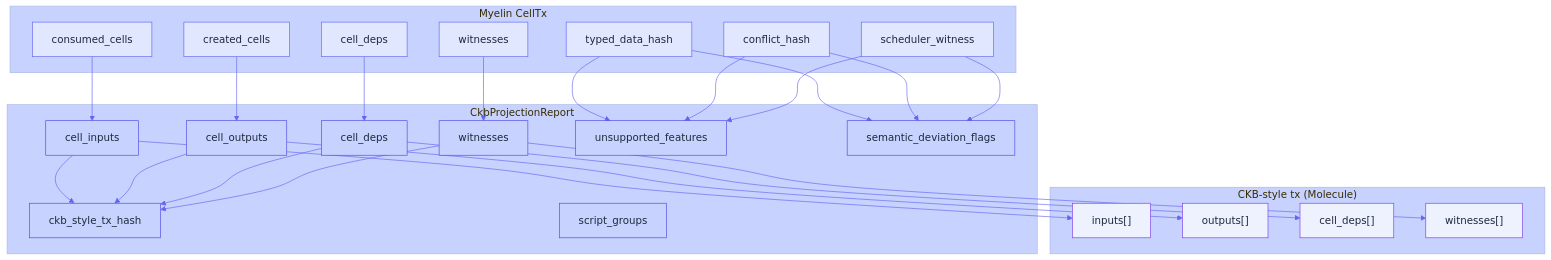
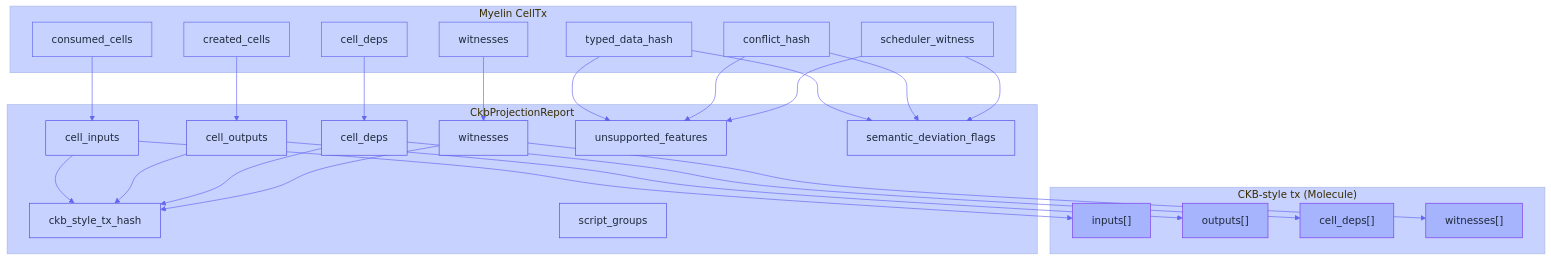
The diagram in docs/getting-started/anatomy.md (Myelin-Labs/Myelin), drawn with Mermaid before and after one commit. The commit also changed 31 other files, not shown here.

````diff
--- a/docs/getting-started/anatomy.md
+++ b/docs/getting-started/anatomy.md
@@ -91,49 +91,49 @@
 ```mermaid
 %%{init: {
   "theme": "base",
   "themeVariables": {
-    "primaryColor": "#EEF2FF",
+    "primaryColor": "#A5B4FC",
     "primaryTextColor": "#1E293B",
     "primaryBorderColor": "#4F46E5",
     "lineColor": "#6366F1",
-    "secondaryColor": "#E0E7FF",
+    "secondaryColor": "#C7D2FE",
     "tertiaryColor": "#C7D2FE"
   }
 }}%%
 flowchart TB
     subgraph MY["Myelin CellTx"]
         M1["consumed_cells"]:::m
         M2["created_cells"]:::m
         M3["cell_deps"]:::m
         M4["witnesses"]:::m
         M5["typed_data_hash"]:::m
         M6["conflict_hash"]:::m
         M7["scheduler_witness"]:::m
     end
     subgraph PROJ["CkbProjectionReport"]
         P1["ckb_style_tx_hash"]:::p
         P2["cell_inputs"]:::p
         P3["cell_outputs"]:::p
         P4["cell_deps"]:::p
         P5["witnesses"]:::p
         P6["script_groups"]:::p
         P7["unsupported_features"]:::p
         P8["semantic_deviation_flags"]:::p
     end
     subgraph CKB["CKB-style tx (Molecule)"]
         K1["inputs[]"]:::k
         K2["outputs[]"]:::k
         K3["cell_deps[]"]:::k
         K4["witnesses[]"]:::k
     end
     M1 --> P2 --> K1
     M2 --> P3 --> K2
     M3 --> P4 --> K3
     M4 --> P5 --> K4
     M5 & M6 & M7 --> P7
     M5 & M6 & M7 --> P8
     P2 & P3 & P4 & P5 --> P1
-    classDef m fill:#E0E7FF,stroke:#6366F1,color:#1E293B;
+    classDef m fill:#C7D2FE,stroke:#6366F1,color:#1E293B;
     classDef p fill:#C7D2FE,stroke:#4F46E5,color:#1E293B;
-    classDef k fill:#EEF2FF,stroke:#7C3AED,color:#1E293B;
+    classDef k fill:#A5B4FC,stroke:#7C3AED,color:#1E293B;
 ```
````
